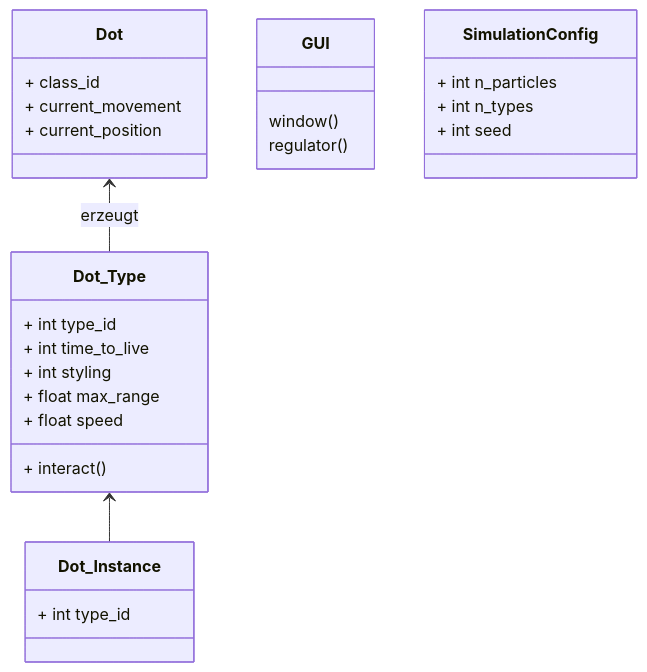
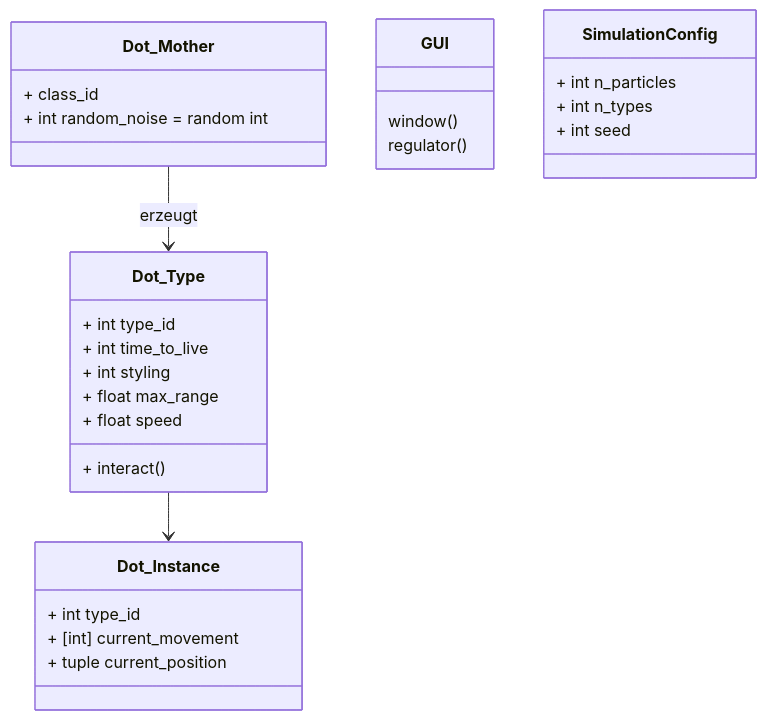
Before and after one commit to git-nny/emergent-bees: the diagram in docs/architecture.md, drawn with Mermaid.

Commit message:
group review class_architecture

````diff
--- a/docs/architecture.md
+++ b/docs/architecture.md
@@ -5,40 +5,41 @@
 ``` mermaid
 classDiagram
 
-    Dot <-- Dot_Type : erzeugt
-    Dot_Type <-- Dot_Instance
+    Dot_Mother --> Dot_Type : erzeugt
+    Dot_Type --> Dot_Instance
 
-    class Dot{
+    class Dot_Mother{
         + class_id
-        + current_movement
-        + current_position
+        + int random_noise = random int
     }
 
     class Dot_Type{
         + int type_id
         + interact()
         + int time_to_live
         + int styling
         + float max_range
         + float speed 
     }
 
     class Dot_Instance{
         + int type_id
+        + [int] current_movement
+        + tuple current_position
     } 
 
     class GUI{
         window()
         regulator()
 
     }
 
 
     class SimulationConfig{
 
             + int n_particles
             + int n_types
             + int seed
 
     }
 ```
````
